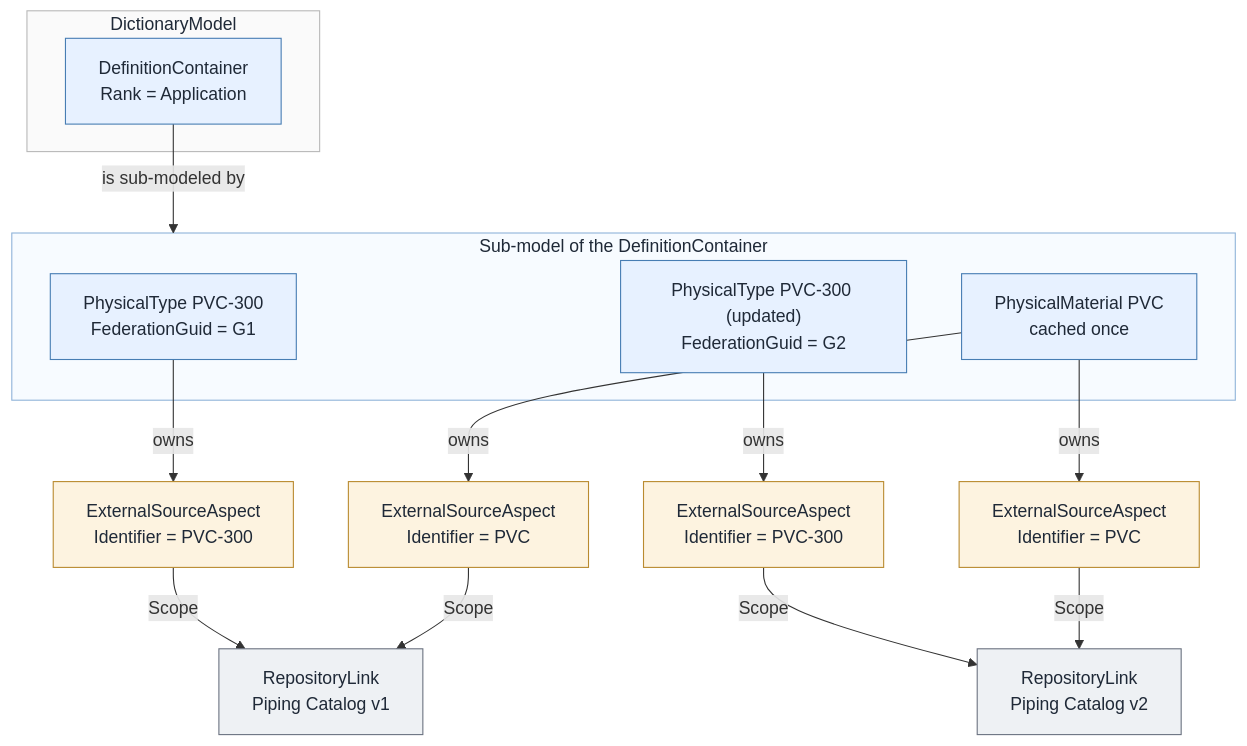
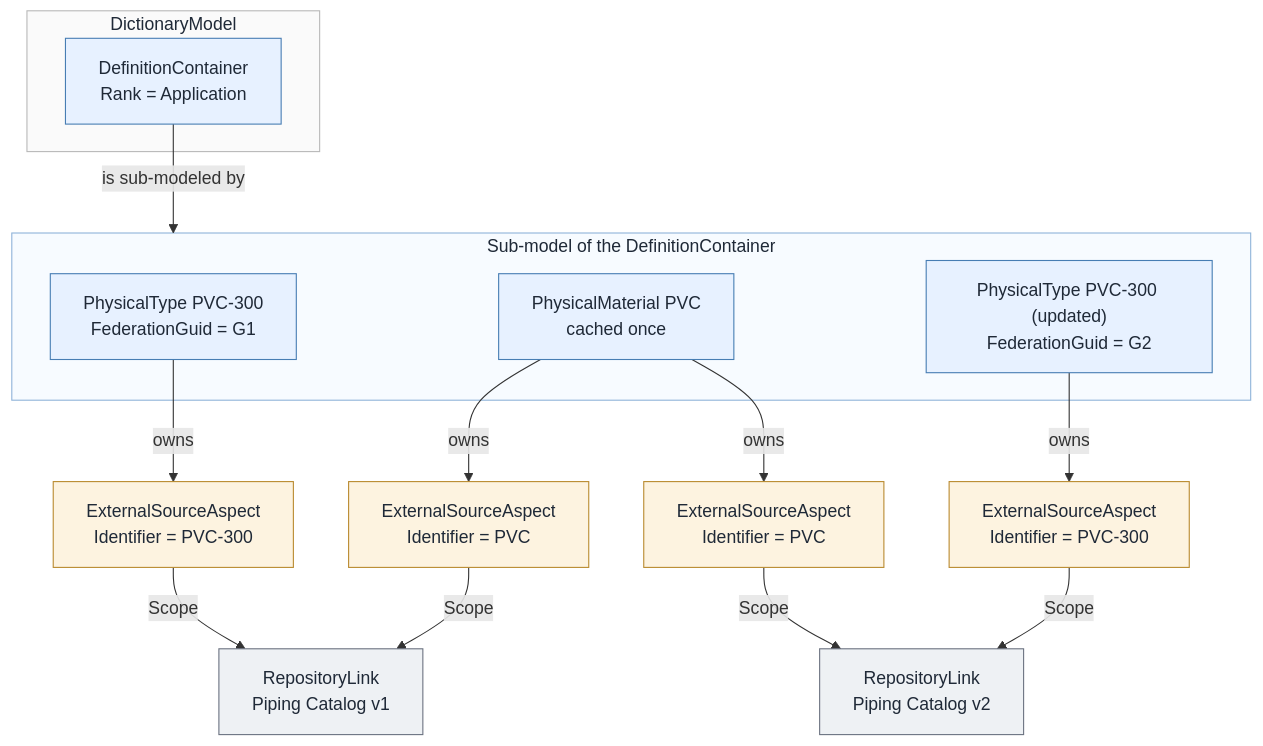
The second of 2 diagrams in docs/bis/guide/data-organization/catalogs.md (iTwin/itwinjs-core), drawn with Mermaid before and after one commit. The commit also changed other lines of this file and 1 other file, not shown here.

````diff
--- a/docs/bis/guide/data-organization/catalogs.md
+++ b/docs/bis/guide/data-organization/catalogs.md
@@ -114,38 +116,38 @@
 ```mermaid
 graph TD
     subgraph DICT["DictionaryModel"]
         DC["DefinitionContainer<br/>Rank = Application"]
     end
     subgraph CSM["Sub-model of the DefinitionContainer"]
         D1["PhysicalType PVC-300<br/>FederationGuid = G1"]
+        MAT["PhysicalMaterial PVC<br/>cached once"]
         D2["PhysicalType PVC-300 (updated)<br/>FederationGuid = G2"]
-        MAT["PhysicalMaterial PVC<br/>cached once"]
     end
+    A1["ExternalSourceAspect<br/>Identifier = PVC-300"]
+    A3["ExternalSourceAspect<br/>Identifier = PVC"]
+    A4["ExternalSourceAspect<br/>Identifier = PVC"]
+    A2["ExternalSourceAspect<br/>Identifier = PVC-300"]
     RL1["RepositoryLink<br/>Piping Catalog v1"]
     RL2["RepositoryLink<br/>Piping Catalog v2"]
-    A1["ExternalSourceAspect<br/>Identifier = PVC-300"]
-    A2["ExternalSourceAspect<br/>Identifier = PVC-300"]
-    A3["ExternalSourceAspect<br/>Identifier = PVC"]
-    A4["ExternalSourceAspect<br/>Identifier = PVC"]
 
     DC -- "is sub-modeled by" --> CSM
     D1 -- "owns" --> A1
-    D2 -- "owns" --> A2
     MAT -- "owns" --> A3
     MAT -- "owns" --> A4
+    D2 -- "owns" --> A2
     A1 -- "Scope" --> RL1
-    A2 -- "Scope" --> RL2
     A3 -- "Scope" --> RL1
     A4 -- "Scope" --> RL2
+    A2 -- "Scope" --> RL2
 
     classDef model fill:#f4f4f4,stroke:#8a8a8a,stroke-width:1px,color:#1f2937
     classDef def fill:#e7f1ff,stroke:#477db3,stroke-width:1px,color:#1f2937
     classDef prov fill:#fdf3e0,stroke:#b98a2f,stroke-width:1px,color:#1f2937
     classDef link fill:#eef1f4,stroke:#6b7280,stroke-width:1px,color:#1f2937
     class DC def
     class D1,D2,MAT def
     class A1,A2,A3,A4 prov
     class RL1,RL2 link
     style DICT fill:#fafafa,stroke:#b8b8b8,stroke-width:1px,color:#1f2937
     style CSM fill:#f7fbff,stroke:#8fb3d9,stroke-width:1px,color:#1f2937
 ```
````
